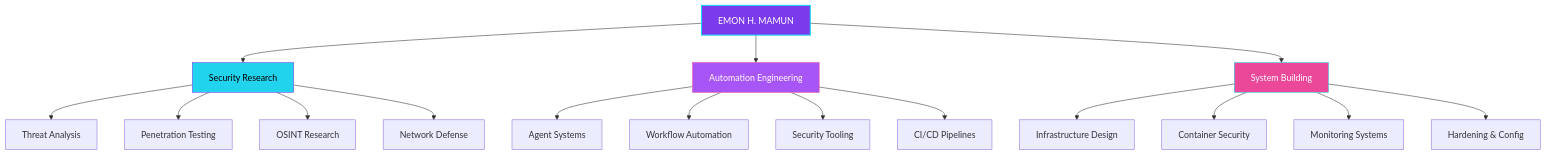
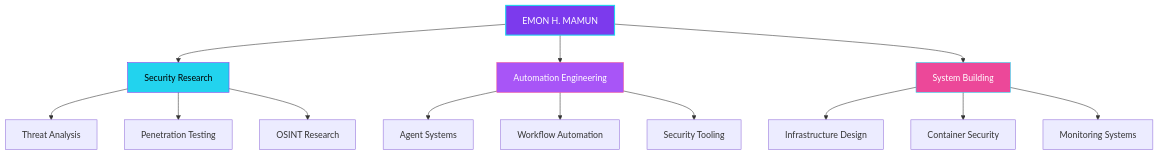
One commit to emonhmamun/emonhmamun changed the diagram in README.md. Above: the diagram before and after it, drawn with Mermaid. The commit also changed other lines of this file, not shown here.

````diff
--- a/README.md
+++ b/README.md
@@ -338,26 +131,19 @@
 ```mermaid
 graph TD
     A[EMON H. MAMUN] --> B[Security Research]
     A --> C[Automation Engineering]
     A --> D[System Building]
-
     B --> B1[Threat Analysis]
     B --> B2[Penetration Testing]
     B --> B3[OSINT Research]
-    B --> B4[Network Defense]
-
     C --> C1[Agent Systems]
     C --> C2[Workflow Automation]
     C --> C3[Security Tooling]
-    C --> C4[CI/CD Pipelines]
-
     D --> D1[Infrastructure Design]
     D --> D2[Container Security]
     D --> D3[Monitoring Systems]
-    D --> D4[Hardening & Config]
-
     style A fill:#7C3AED,stroke:#22D3EE,color:#fff,stroke-width:2px
     style B fill:#22D3EE,stroke:#7C3AED,color:#000
     style C fill:#A855F7,stroke:#EC4899,color:#fff
     style D fill:#EC4899,stroke:#22D3EE,color:#fff
 ```
````
